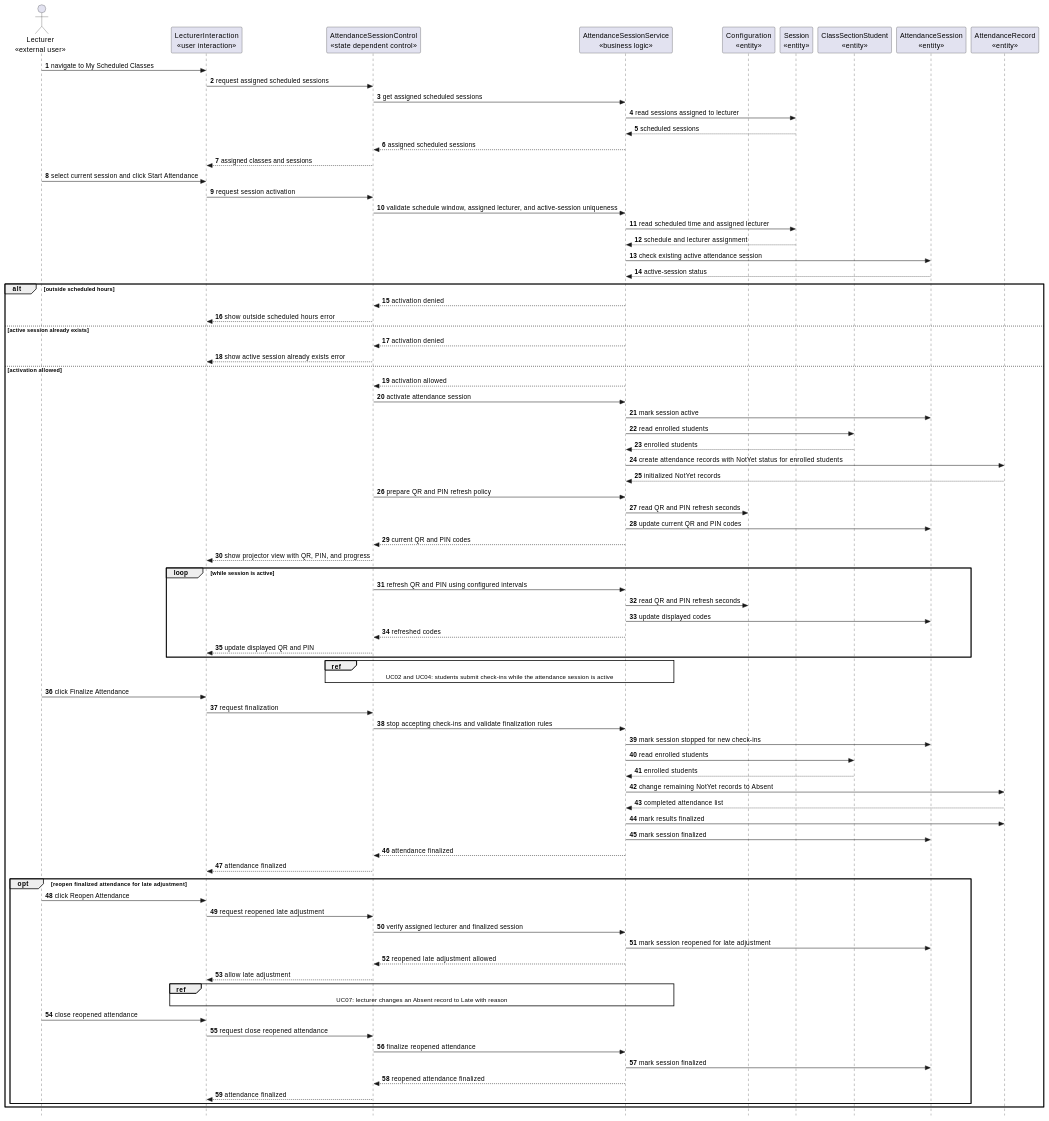
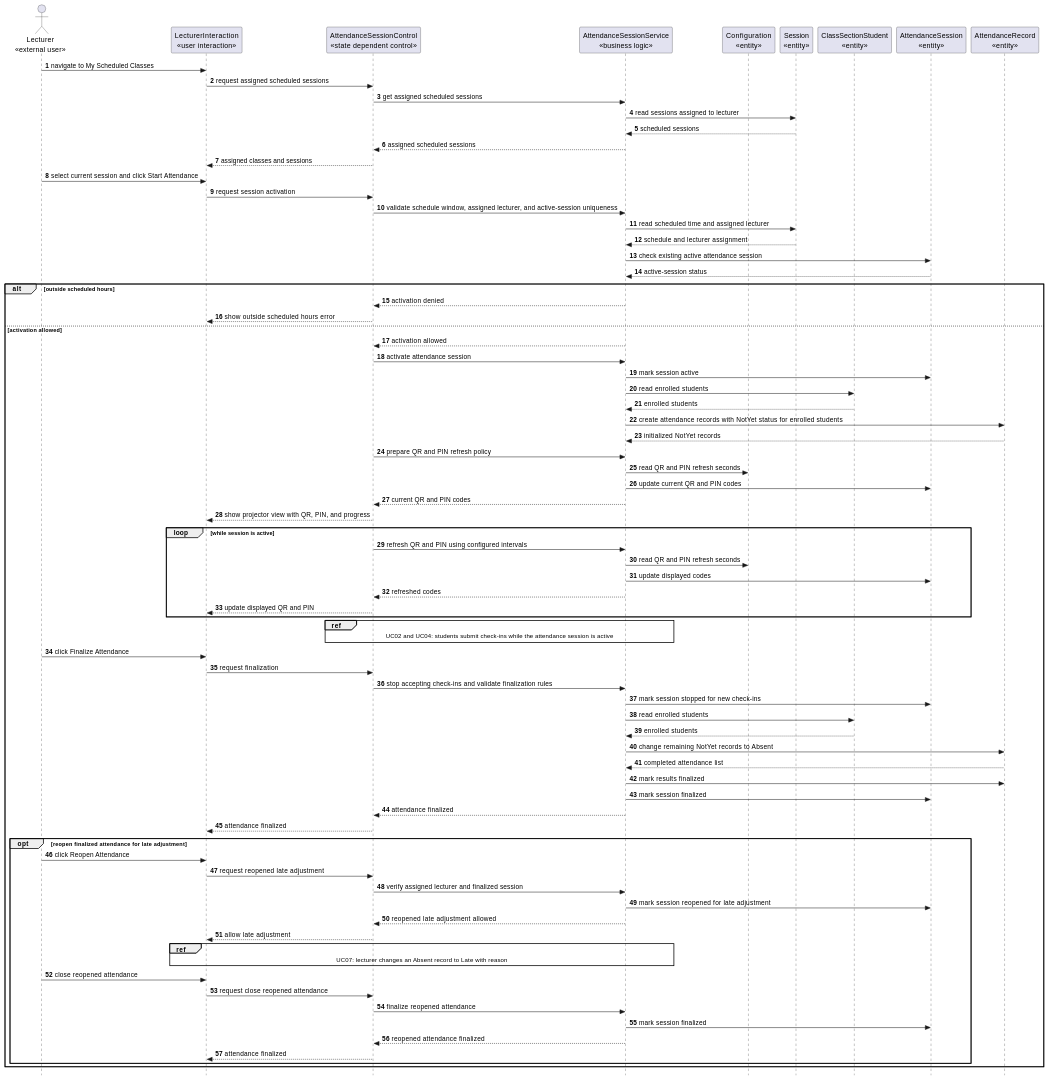
One commit to nttung42/SWD392 changed diagram 15 of 26 in docs/rds/2_Analysis.md. Above: the diagram before and after it, drawn with PlantUML. The commit also changed 1 other file, not shown here.

```diff
--- a/docs/rds/2_Analysis.md
+++ b/docs/rds/2_Analysis.md
@@ -705,9 +705,6 @@
 alt outside scheduled hours
   SessionRules --> SessionControl : activation denied
   SessionControl --> LecturerUI : show outside scheduled hours error
-else active session already exists
-  SessionRules --> SessionControl : activation denied
-  SessionControl --> LecturerUI : show active session already exists error
 else activation allowed
   SessionRules --> SessionControl : activation allowed
   SessionControl -> SessionRules : activate attendance session
```
